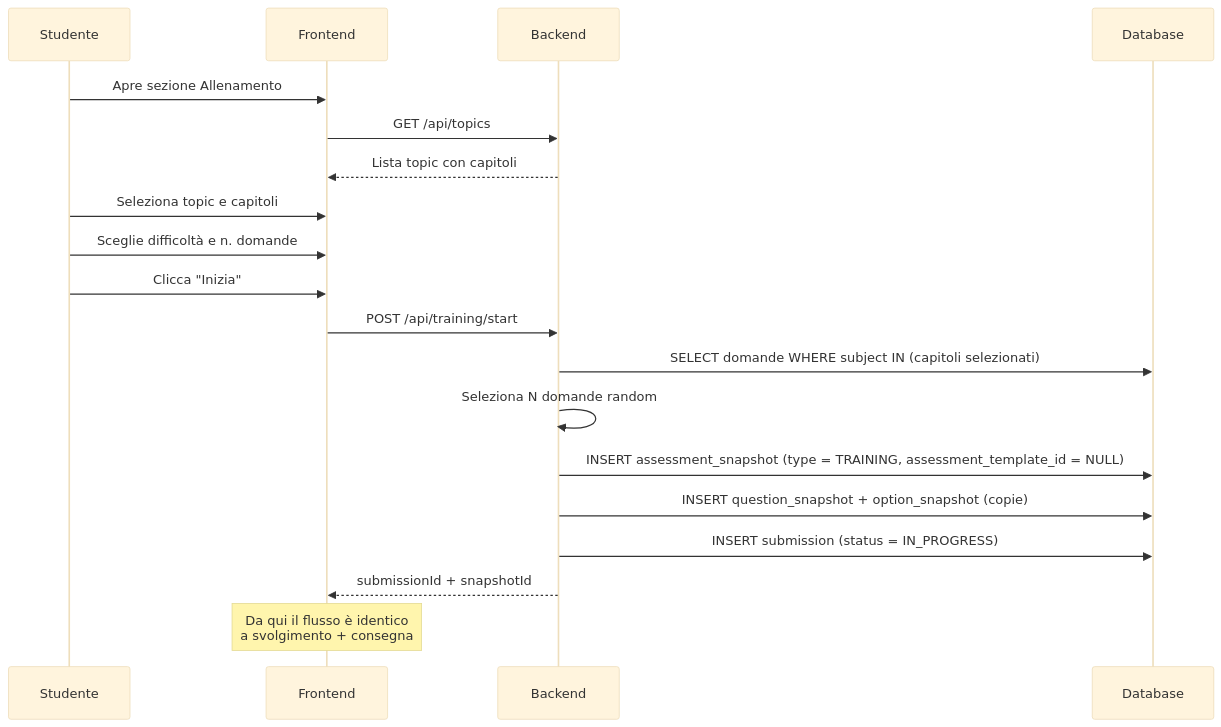
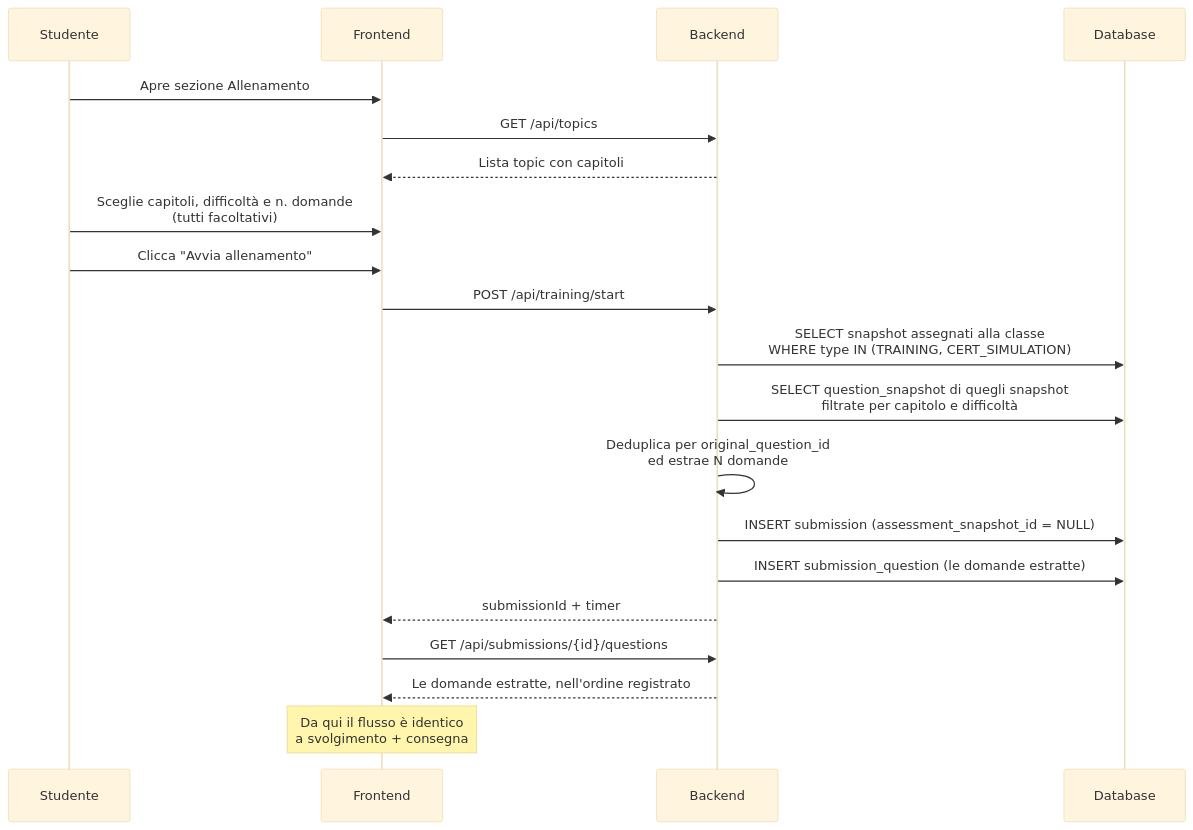
One commit to testero-app/testero-docs changed the fifth of 9 diagrams in docs/funzionalita.md. Above: the diagram before and after it, drawn with Mermaid (base theme). The commit also changed other lines of this file, not shown here.

First line of the commit message:
docs: free training references the pools instead of copying them (#29)

````diff
--- a/docs/funzionalita.md
+++ b/docs/funzionalita.md
@@ -221,25 +221,27 @@
 ```mermaid
 sequenceDiagram
     participant S as Studente
     participant FE as Frontend
     participant BE as Backend
     participant DB as Database
 
     S->>FE: Apre sezione Allenamento
     FE->>BE: GET /api/topics
     BE-->>FE: Lista topic con capitoli
 
-    S->>FE: Seleziona topic e capitoli
-    S->>FE: Sceglie difficoltà e n. domande
-    S->>FE: Clicca "Inizia"
+    S->>FE: Sceglie capitoli, difficoltà e n. domande<br/>(tutti facoltativi)
+    S->>FE: Clicca "Avvia allenamento"
 
     FE->>BE: POST /api/training/start
-    BE->>DB: SELECT domande WHERE subject IN (capitoli selezionati)
-    BE->>BE: Seleziona N domande random
-    BE->>DB: INSERT assessment_snapshot (type = TRAINING, assessment_template_id = NULL)
-    BE->>DB: INSERT question_snapshot + option_snapshot (copie)
-    BE->>DB: INSERT submission (status = IN_PROGRESS)
-    BE-->>FE: submissionId + snapshotId
+    BE->>DB: SELECT snapshot assegnati alla classe<br/>WHERE type IN (TRAINING, CERT_SIMULATION)
+    BE->>DB: SELECT question_snapshot di quegli snapshot<br/>filtrate per capitolo e difficoltà
+    BE->>BE: Deduplica per original_question_id<br/>ed estrae N domande
+    BE->>DB: INSERT submission (assessment_snapshot_id = NULL)
+    BE->>DB: INSERT submission_question (le domande estratte)
+    BE-->>FE: submissionId + timer
+
+    FE->>BE: GET /api/submissions/{id}/questions
+    BE-->>FE: Le domande estratte, nell'ordine registrato
 
     Note over FE: Da qui il flusso è identico<br/>a svolgimento + consegna
 ```
````
